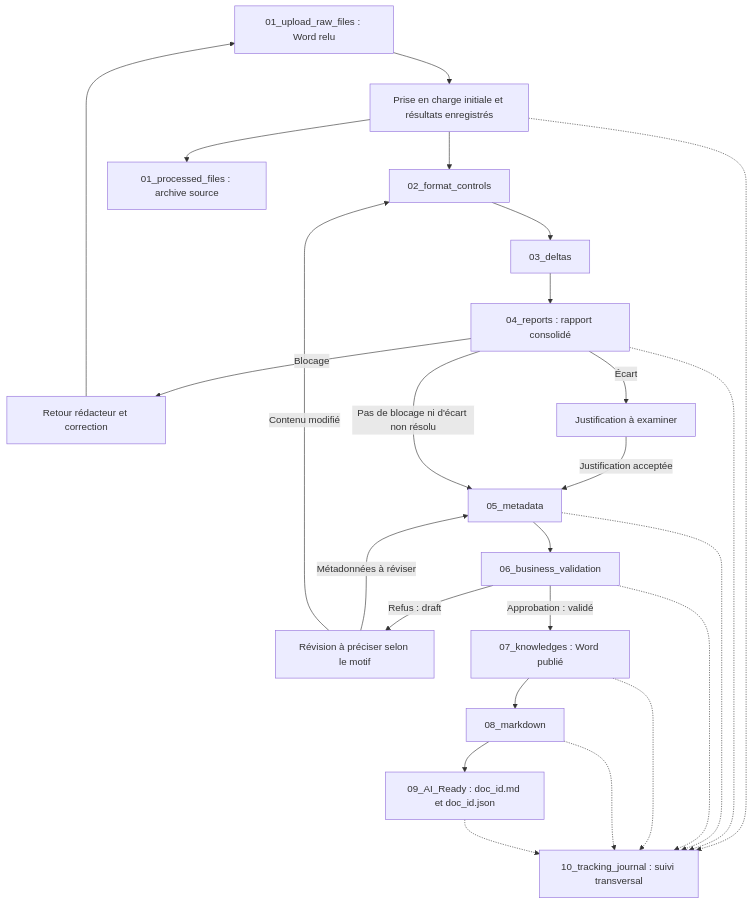
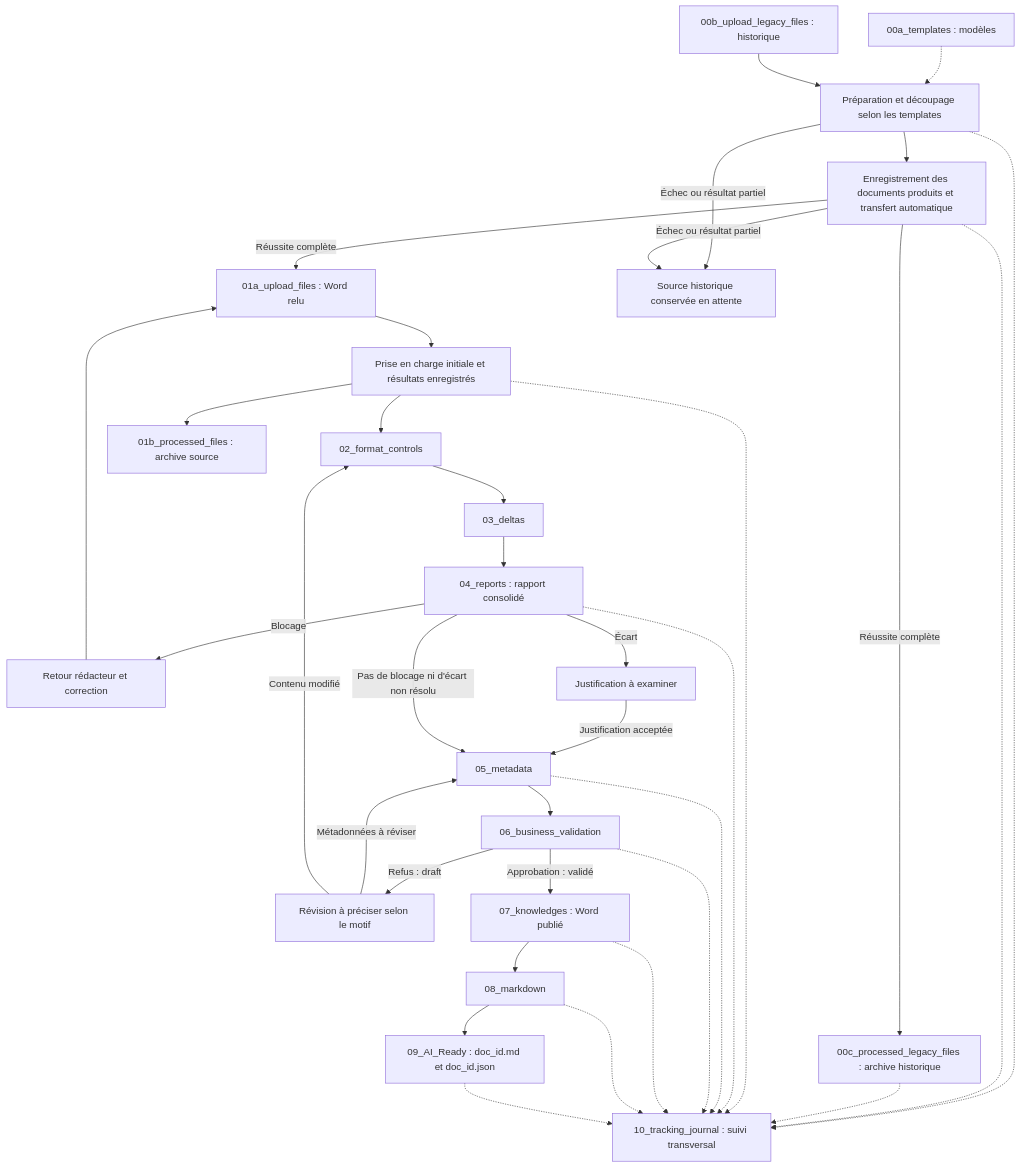
Before and after one commit to ChristianPRO1982/sof-n8n-pocs: the diagram in UI_chat/km/docs/README.md, drawn with Mermaid. The commit also changed other lines of this file and 28 other files, not shown here.

First line of the commit message:
feat: Add new templates and upload functionality for Knowledge Manager

````diff
--- a/UI_chat/km/docs/README.md
+++ b/UI_chat/km/docs/README.md
@@ -59,28 +81,38 @@
 ```mermaid
 flowchart TD
-    raw["01_upload_raw_files : Word relu"] --> intake["Prise en charge initiale et résultats enregistrés"]
+    templates["00a_templates : modèles"] -.-> preparation
+    legacy["00b_upload_legacy_files : historique"] --> preparation["Préparation et découpage selon les templates"]
+    preparation --> transfer["Enregistrement des documents produits et transfert automatique"]
+    transfer -->|Réussite complète| raw
+    transfer -->|Réussite complète| legacyarchive["00c_processed_legacy_files : archive historique"]
+    preparation -->|Échec ou résultat partiel| pending["Source historique conservée en attente"]
+    transfer -->|Échec ou résultat partiel| pending
+    preparation -.-> journal
+    transfer -.-> journal
+    legacyarchive -.-> journal
+    raw["01a_upload_files : Word relu"] --> intake["Prise en charge initiale et résultats enregistrés"]
     intake --> controls["02_format_controls"]
-    intake --> archive["01_processed_files : archive source"]
+    intake --> archive["01b_processed_files : archive source"]
     controls --> deltas["03_deltas"]
     deltas --> report["04_reports : rapport consolidé"]
     report -->|Blocage| author["Retour rédacteur et correction"]
     author --> raw
     report -->|Écart| justification["Justification à examiner"]
     justification -->|Justification acceptée| metadata["05_metadata"]
     report -->|Pas de blocage ni d'écart non résolu| metadata
     metadata --> validation["06_business_validation"]
     validation -->|Refus : draft| revision["Révision à préciser selon le motif"]
     revision -->|Métadonnées à réviser| metadata
     revision -->|Contenu modifié| controls
     validation -->|Approbation : validé| knowledge["07_knowledges : Word publié"]
     knowledge --> markdown["08_markdown"]
     markdown --> ready["09_AI_Ready : doc_id.md et doc_id.json"]
     journal["10_tracking_journal : suivi transversal"]
     intake -.-> journal
     report -.-> journal
     metadata -.-> journal
     validation -.-> journal
     knowledge -.-> journal
     markdown -.-> journal
     ready -.-> journal
 ```
````
